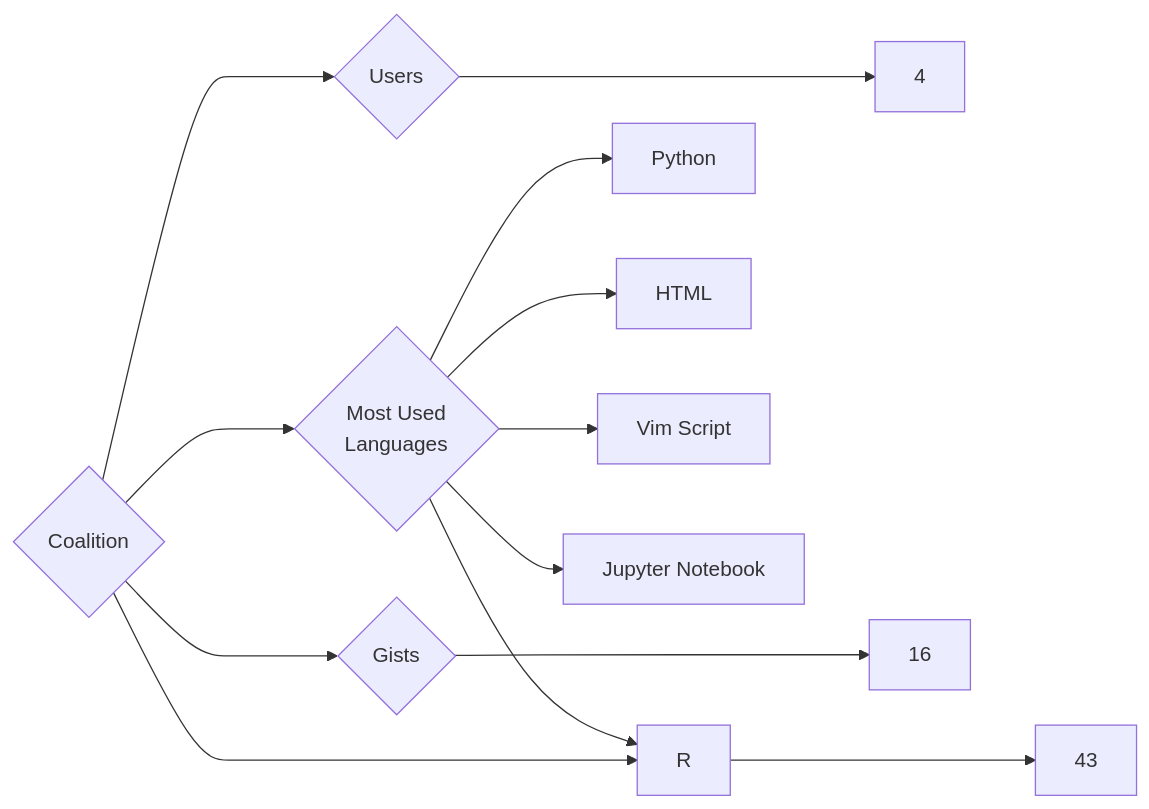
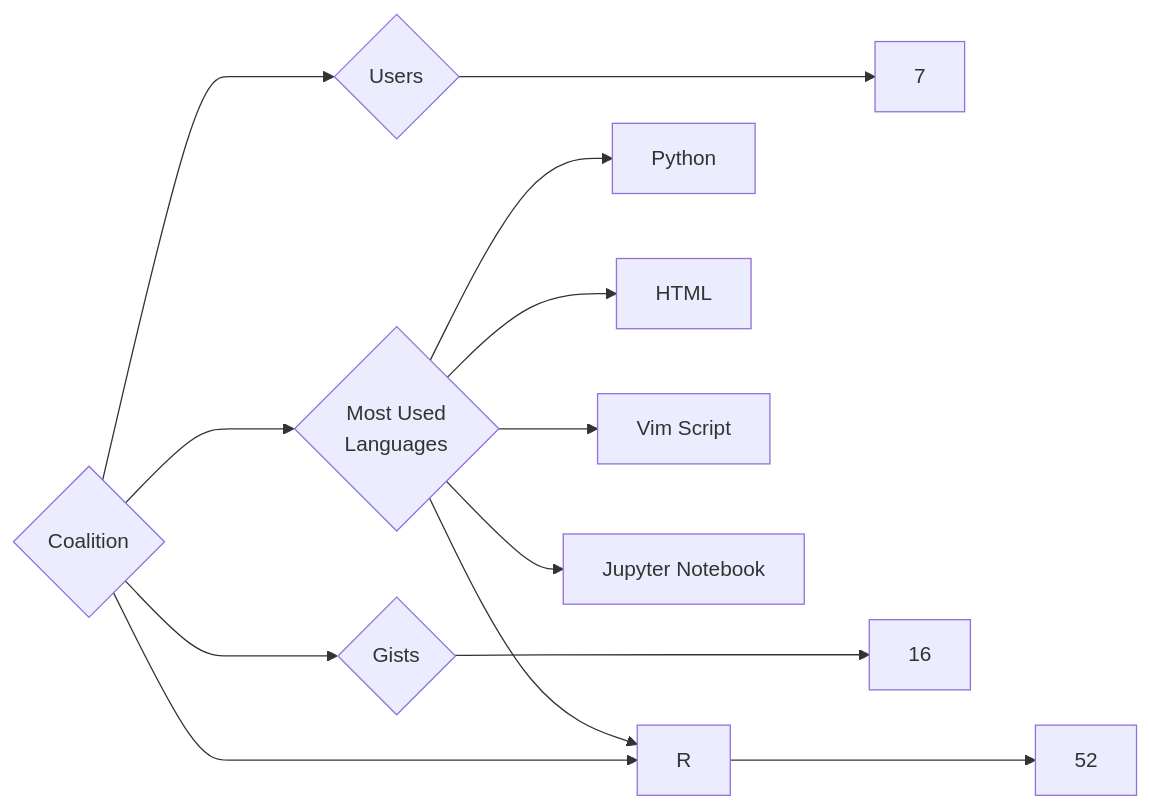
Before and after one commit to trickest/insiders: the diagram in targets/Coalition/README.md, drawn with Mermaid. The commit also changed 1007 other files, not shown here.

````diff
--- a/targets/Coalition/README.md
+++ b/targets/Coalition/README.md
@@ -3,13 +3,13 @@
 ```mermaid
 graph LR
 COMPANY_NAME{Coalition}
-COMPANY_NAME ---> U{Users} ---> UN[4]
-COMPANY_NAME ---> R{Repositories} ---> RN[43]
+COMPANY_NAME ---> U{Users} ---> UN[7]
+COMPANY_NAME ---> R{Repositories} ---> RN[52]
 COMPANY_NAME ---> G{Gists} ---> GN[16]
 COMPANY_NAME ---> ML{Most Used<br>Languages}
 ML --> Python[Python]
 ML --> R[R]
 ML --> HTML[HTML]
 ML --> Vim_Script[Vim Script]
 ML --> Jupyter_Notebook[Jupyter Notebook]
 ```
````
